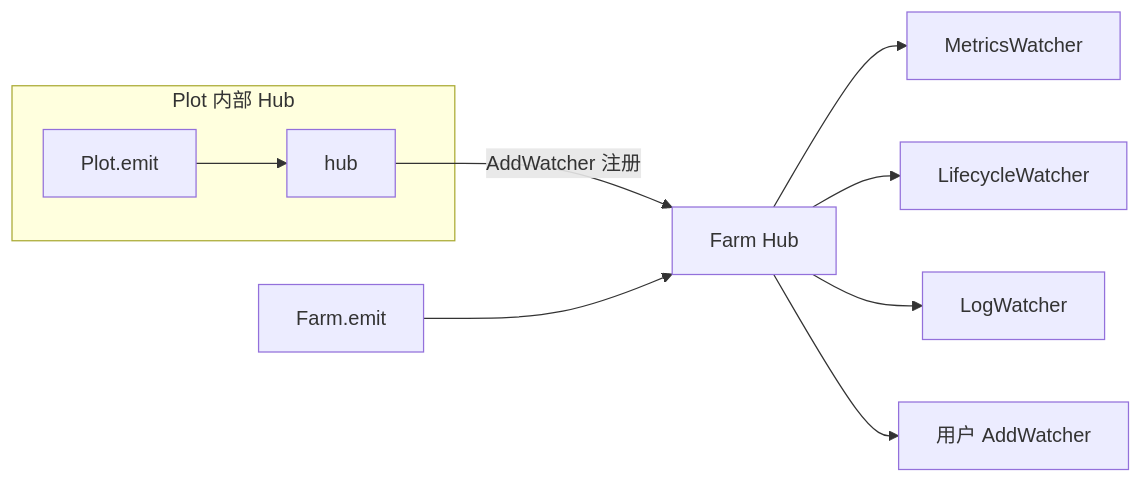
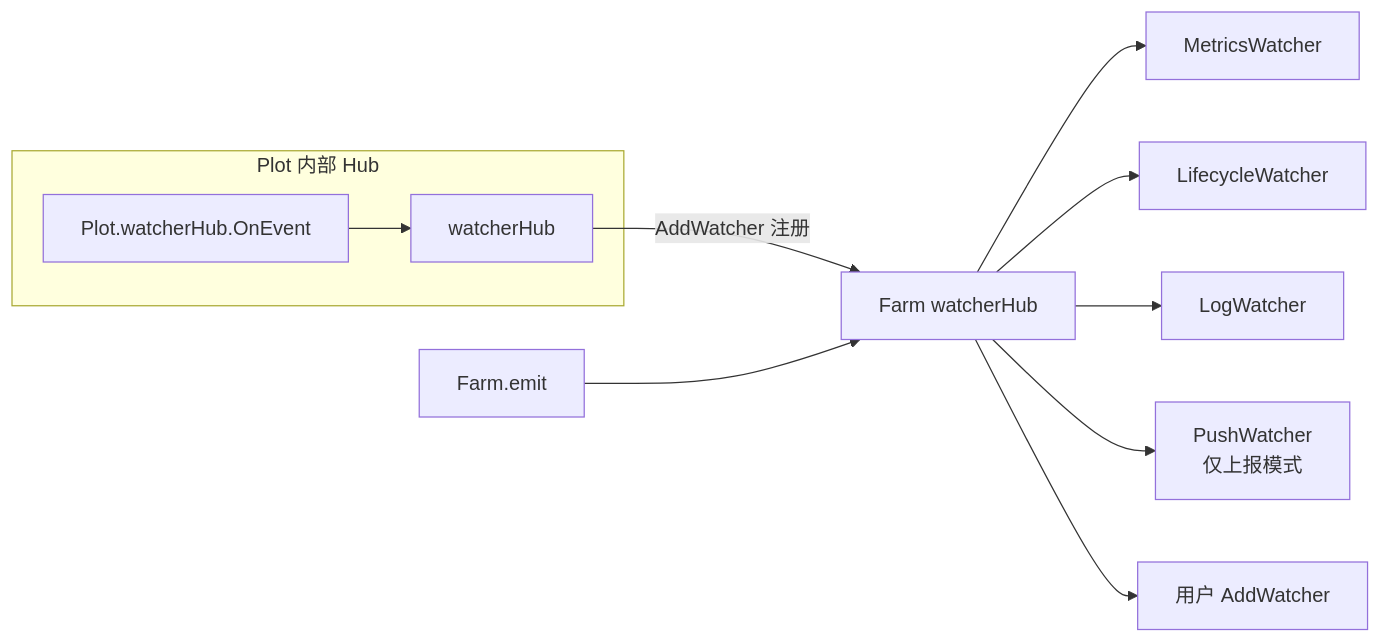
Before and after one commit to Mr-xiaotian/CelestialGrow: the second of 3 diagrams in docs/zh-CN/pkg/farm/farm.md, drawn with Mermaid. The commit also changed other lines of this file and 49 other files, not shown here.

````diff
--- a/docs/zh-CN/pkg/farm/farm.md
+++ b/docs/zh-CN/pkg/farm/farm.md
@@ -164,14 +188,15 @@
 ```mermaid
 flowchart LR
     subgraph PlotHub[Plot 内部 Hub]
-        PE[Plot.emit] --> PH[hub]
+        PE[Plot.watcherHub.OnEvent] --> PH[watcherHub]
     end
-    PH -->|AddWatcher 注册| FH[Farm Hub]
+    PH -->|AddWatcher 注册| FH[Farm watcherHub]
     FH --> M[MetricsWatcher]
     FH --> L[LifecycleWatcher]
     FH --> G[LogWatcher]
+    FH --> PU[PushWatcher<br/>仅上报模式]
     FH --> W[用户 AddWatcher]
     FE[Farm.emit] --> FH
 
     style FH fill:#eef
 ```
````
